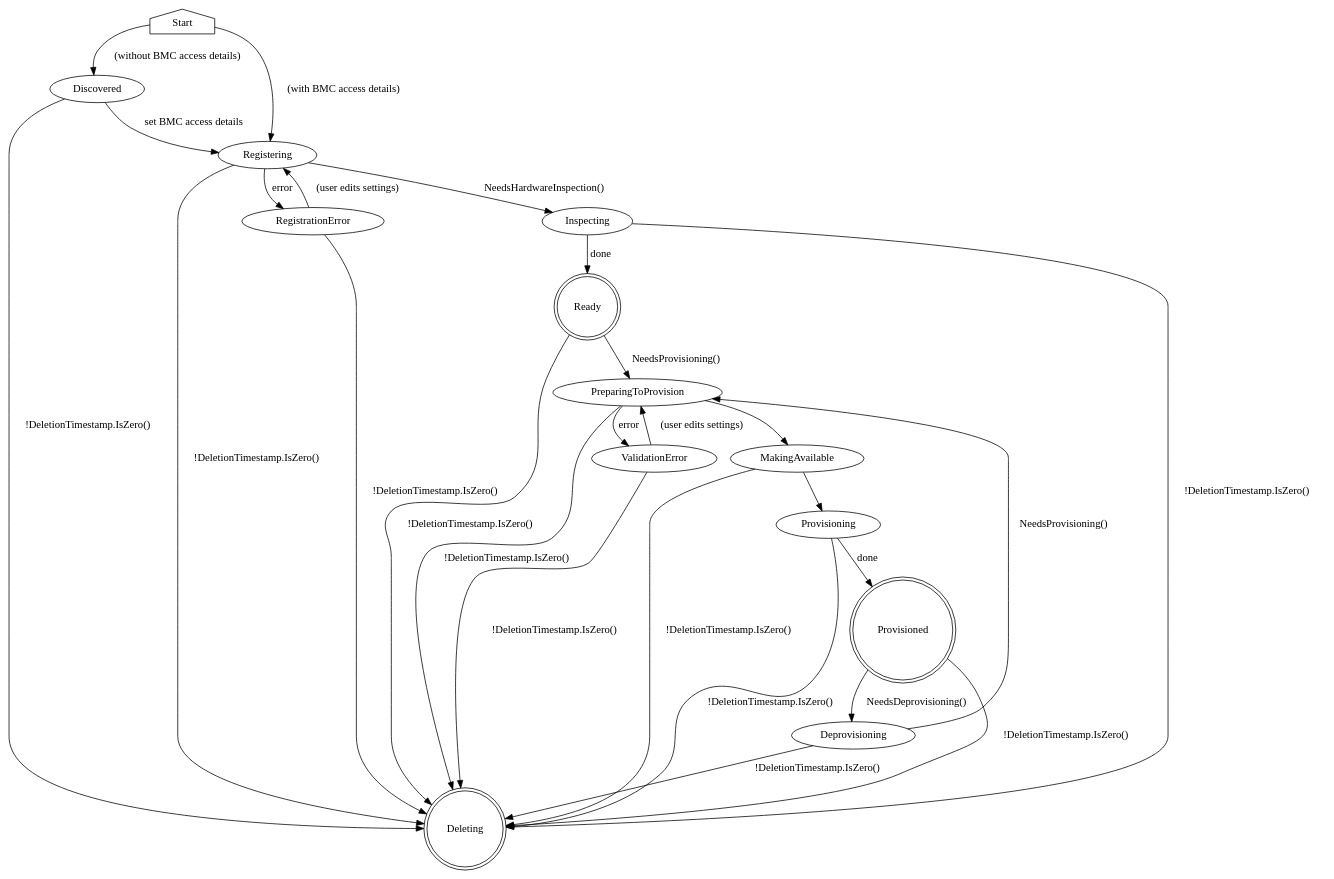
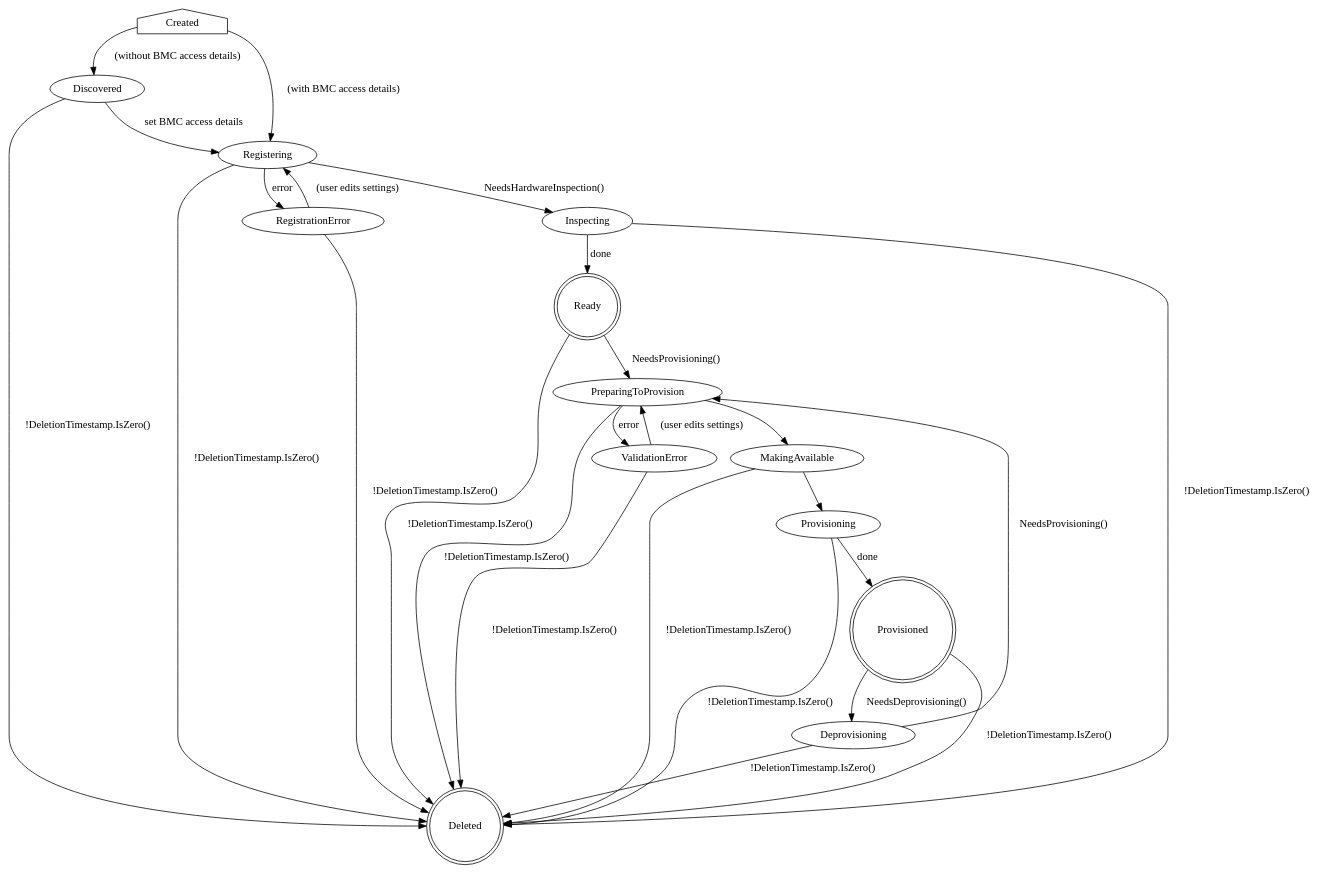
The diagram in docs/BaremetalHost_ProvisioningState.dot (metal3-io/baremetal-operator), drawn with Graphviz before and after one commit. The commit also changed 1 other file, not shown here.

Commit message:
rename start and deleting states
Change "deleting" to "deleted"

Change "start" to "created"

```diff
--- a/docs/BaremetalHost_ProvisioningState.dot
+++ b/docs/BaremetalHost_ProvisioningState.dot
@@ -1,44 +1,44 @@
 digraph BaremetalHost {
-    Start [shape=house]
-    Start -> Discovered [label="(without BMC access details)"]
-    Start -> Registering [label="(with BMC access details)"]
+    Created [shape=house]
+    Created -> Discovered [label="(without BMC access details)"]
+    Created -> Registering [label="(with BMC access details)"]
 
     Discovered -> Registering [label="set BMC access details"]
-    Discovered -> Deleting [label="!DeletionTimestamp.IsZero()"]
+    Discovered -> Deleted [label="!DeletionTimestamp.IsZero()"]
 
     Registering -> Inspecting [label="NeedsHardwareInspection()"]
     Registering -> RegistrationError [label=error]
-    Registering -> Deleting [label="!DeletionTimestamp.IsZero()"]
+    Registering -> Deleted [label="!DeletionTimestamp.IsZero()"]
 
     Inspecting -> Ready [label="done"]
-    Inspecting -> Deleting [label="!DeletionTimestamp.IsZero()"]
+    Inspecting -> Deleted [label="!DeletionTimestamp.IsZero()"]
 
     RegistrationError -> Registering [label="(user edits settings)"]
-    RegistrationError -> Deleting [label="!DeletionTimestamp.IsZero()"]
+    RegistrationError -> Deleted [label="!DeletionTimestamp.IsZero()"]
 
     Ready [shape=doublecircle]
     Ready -> PreparingToProvision [label="NeedsProvisioning()"]
-    Ready -> Deleting [label="!DeletionTimestamp.IsZero()"]
+    Ready -> Deleted [label="!DeletionTimestamp.IsZero()"]
 
     PreparingToProvision -> ValidationError [label=error]
     PreparingToProvision -> MakingAvailable
-    PreparingToProvision -> Deleting [label="!DeletionTimestamp.IsZero()"]
+    PreparingToProvision -> Deleted [label="!DeletionTimestamp.IsZero()"]
 
     ValidationError -> PreparingToProvision [label="(user edits settings)"]
-    ValidationError -> Deleting [label="!DeletionTimestamp.IsZero()"]
+    ValidationError -> Deleted [label="!DeletionTimestamp.IsZero()"]
 
     MakingAvailable -> Provisioning
-    MakingAvailable -> Deleting [label="!DeletionTimestamp.IsZero()"]
+    MakingAvailable -> Deleted [label="!DeletionTimestamp.IsZero()"]
 
     Provisioning -> Provisioned [label=done]
-    Provisioning -> Deleting [label="!DeletionTimestamp.IsZero()"]
+    Provisioning -> Deleted [label="!DeletionTimestamp.IsZero()"]
 
     Provisioned [shape=doublecircle]
     Provisioned -> Deprovisioning [label="NeedsDeprovisioning()"]
-    Provisioned -> Deleting [label="!DeletionTimestamp.IsZero()"]
+    Provisioned -> Deleted [label="!DeletionTimestamp.IsZero()"]
 
-    Deleting [shape=doublecircle]
+    Deleted [shape=doublecircle]
 
     Deprovisioning -> PreparingToProvision [label="NeedsProvisioning()"]
-    Deprovisioning -> Deleting [label="!DeletionTimestamp.IsZero()"]
+    Deprovisioning -> Deleted [label="!DeletionTimestamp.IsZero()"]
 }
```
